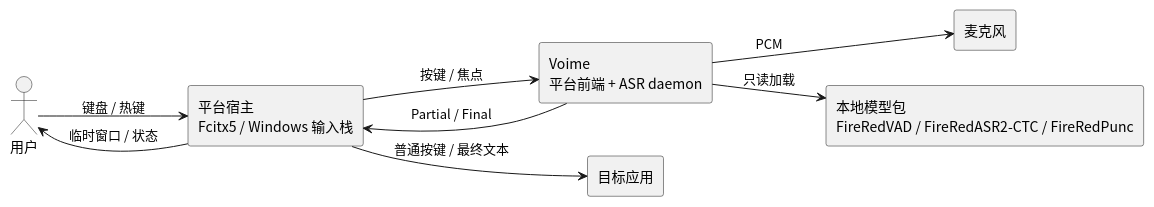
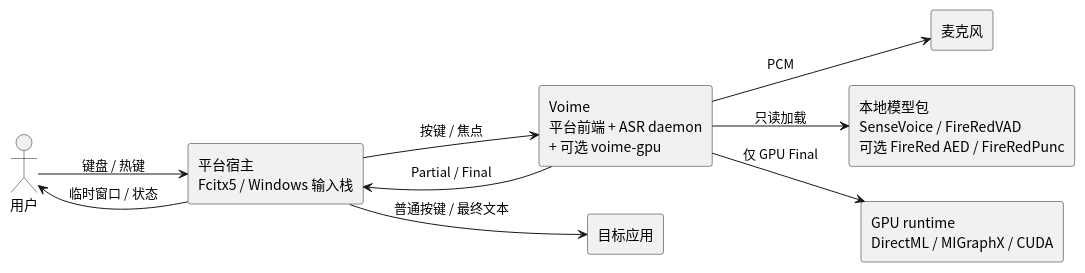
The diagram in diagram/general-architecture.puml (54m43lJ/voime), drawn with PlantUML before and after one commit. The commit also changed 69 other files, not shown here.

```diff
--- a/diagram/general-architecture.puml
+++ b/diagram/general-architecture.puml
@@ -1,21 +1,23 @@
 @startuml
 skinparam defaultFontName "Noto Sans CJK SC"
 skinparam shadowing false
 skinparam componentStyle rectangle
 left to right direction
 
 actor "用户" as User
 component "平台宿主\nFcitx5 / Windows 输入栈" as Host
-component "Voime\n平台前端 + ASR daemon" as Voime
+component "Voime\n平台前端 + ASR daemon\n+ 可选 voime-gpu" as Voime
 component "目标应用" as App
 component "麦克风" as Mic
-component "本地模型包\nFireRedVAD / FireRedASR2-CTC / FireRedPunc" as Models
+component "本地模型包\nSenseVoice / FireRedVAD\n可选 FireRed AED / FireRedPunc" as Models
+component "GPU runtime\nDirectML / MIGraphX / CUDA" as Gpu
 
 User --> Host : 键盘 / 热键
 Host --> Voime : 按键 / 焦点
 Voime --> Host : Partial / Final
 Host --> App : 普通按键 / 最终文本
 Host --> User : 临时窗口 / 状态
 Voime --> Mic : PCM
 Voime --> Models : 只读加载
+Voime --> Gpu : 仅 GPU Final
 @enduml
```
